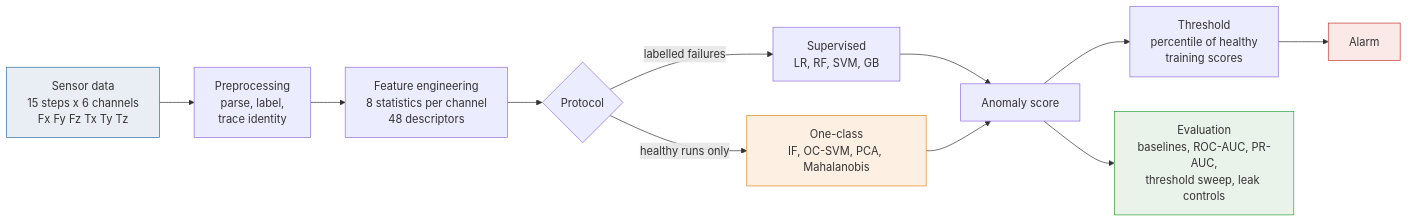
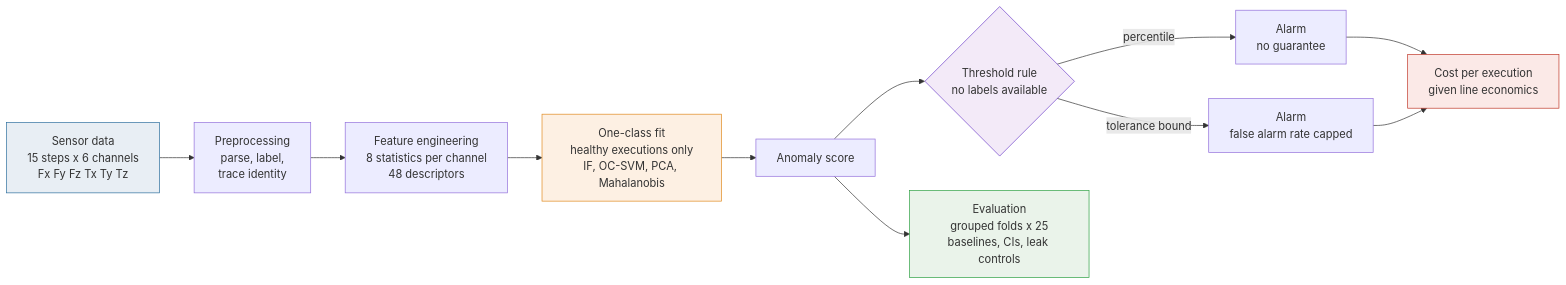
Before and after one commit to Ilyess911/robot-anomaly-detection: the diagram in README.md, drawn with Mermaid. The commit also changed other lines of this file and 4 other files, not shown here.

````diff
--- a/README.md
+++ b/README.md
@@ -61,18 +76,19 @@
 ```mermaid
 flowchart LR
     A["Sensor data<br/>15 steps x 6 channels<br/>Fx Fy Fz Tx Ty Tz"] --> B["Preprocessing<br/>parse, label,<br/>trace identity"]
     B --> C["Feature engineering<br/>8 statistics per channel<br/>48 descriptors"]
-    C --> D{"Protocol"}
-    D -->|labelled failures| E["Supervised<br/>LR, RF, SVM, GB"]
-    D -->|healthy runs only| F["One-class<br/>IF, OC-SVM, PCA, Mahalanobis"]
-    E --> G["Anomaly score"]
-    F --> G
-    G --> H["Threshold<br/>percentile of healthy<br/>training scores"]
-    H --> I["Alarm"]
-    G --> J["Evaluation<br/>baselines, ROC-AUC, PR-AUC,<br/>threshold sweep, leak controls"]
+    C --> D["One-class fit<br/>healthy executions only<br/>IF, OC-SVM, PCA, Mahalanobis"]
+    D --> E["Anomaly score"]
+    E --> F{"Threshold rule<br/>no labels available"}
+    F -->|percentile| G["Alarm<br/>no guarantee"]
+    F -->|tolerance bound| H["Alarm<br/>false alarm rate capped"]
+    G --> I["Cost per execution<br/>given line economics"]
+    H --> I
+    E --> J["Evaluation<br/>grouped folds x 25<br/>baselines, CIs, leak controls"]
 
     style A fill:#E8EEF4,stroke:#2E6F9E
-    style F fill:#FDF0E3,stroke:#E08A1E
+    style D fill:#FDF0E3,stroke:#E08A1E
+    style F fill:#F3EAF8,stroke:#6E40C9
     style I fill:#FBE9E7,stroke:#C0392B
     style J fill:#EAF3EA,stroke:#2EA043
 ```
````
